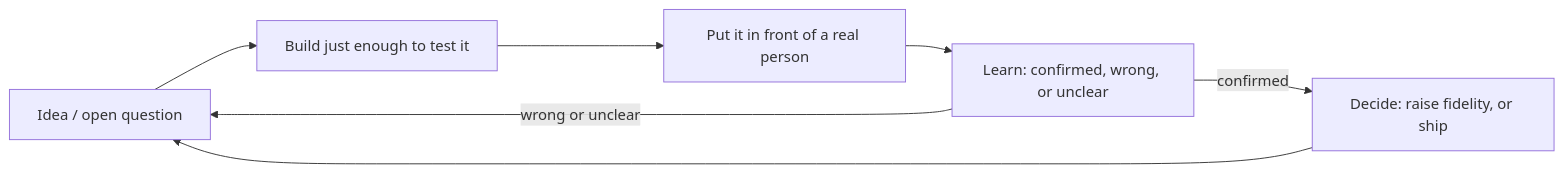
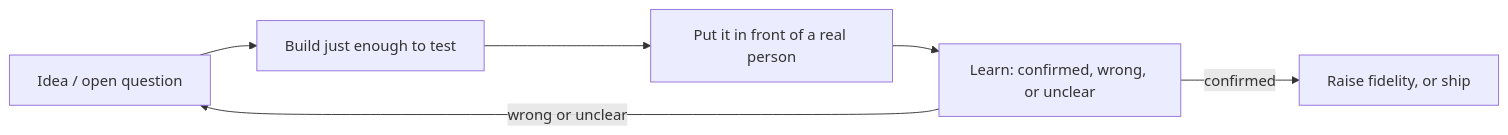
Before and after one commit to francoandreDev/knowledge: the first of 2 diagrams in src/content/design/prototyping-feedback-loops/L2-concept.mdx, drawn with Mermaid. The commit also changed other lines of this file and 16 other files, not shown here.

````diff
--- a/src/content/design/prototyping-feedback-loops/L2-concept.mdx
+++ b/src/content/design/prototyping-feedback-loops/L2-concept.mdx
@@ -32,9 +32,8 @@
 ```mermaid
 flowchart LR
-    Idea["Idea / open question"] --> Build["Build just enough to test it"]
+    Idea["Idea / open question"] --> Build["Build just enough to test"]
     Build --> Show["Put it in front of a real person"]
     Show --> Learn["Learn: confirmed, wrong, or unclear"]
-    Learn -->|confirmed| Decide["Decide: raise fidelity, or ship"]
     Learn -->|wrong or unclear| Idea
-    Decide --> Idea
+    Learn -->|confirmed| Decide["Raise fidelity, or ship"]
 ```
````
